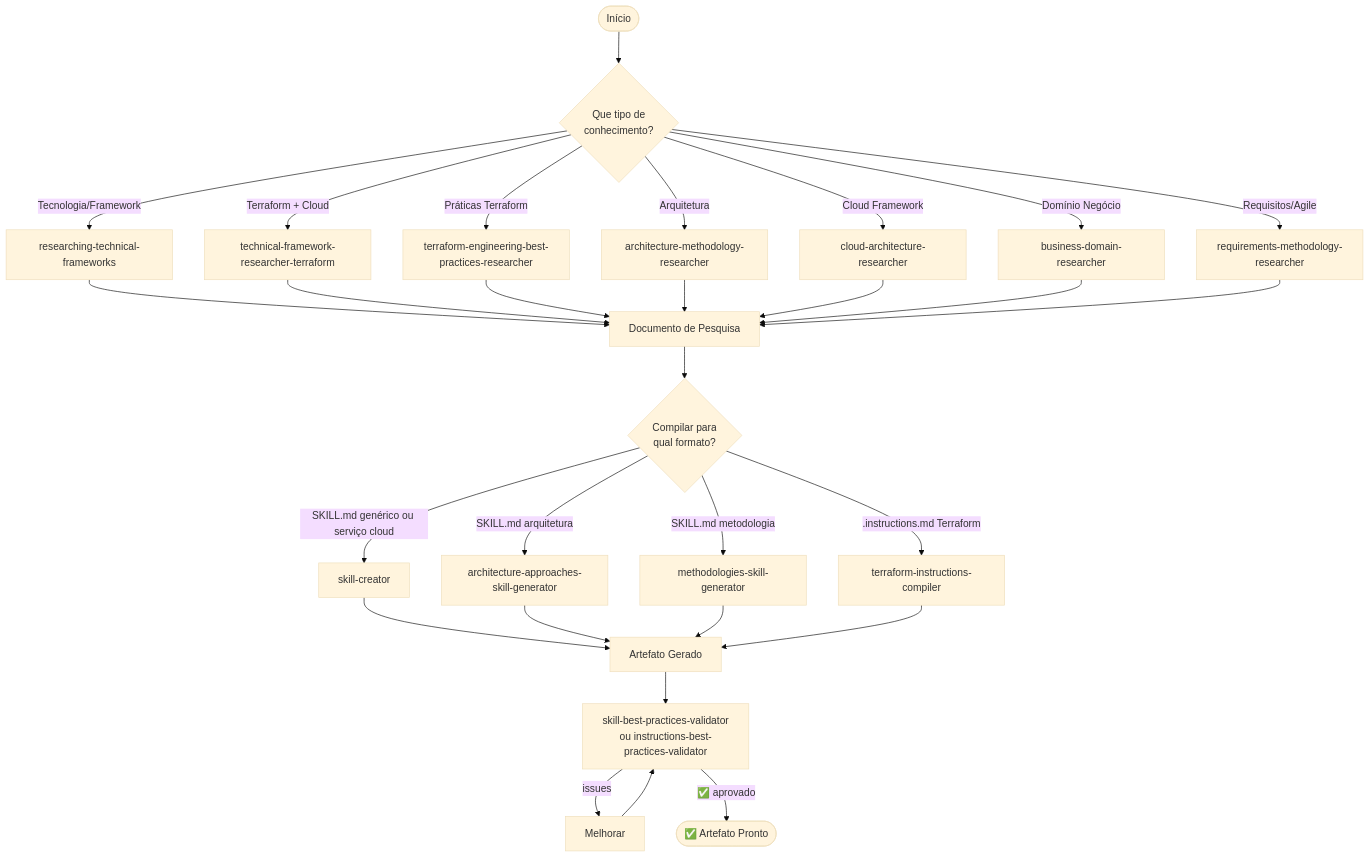
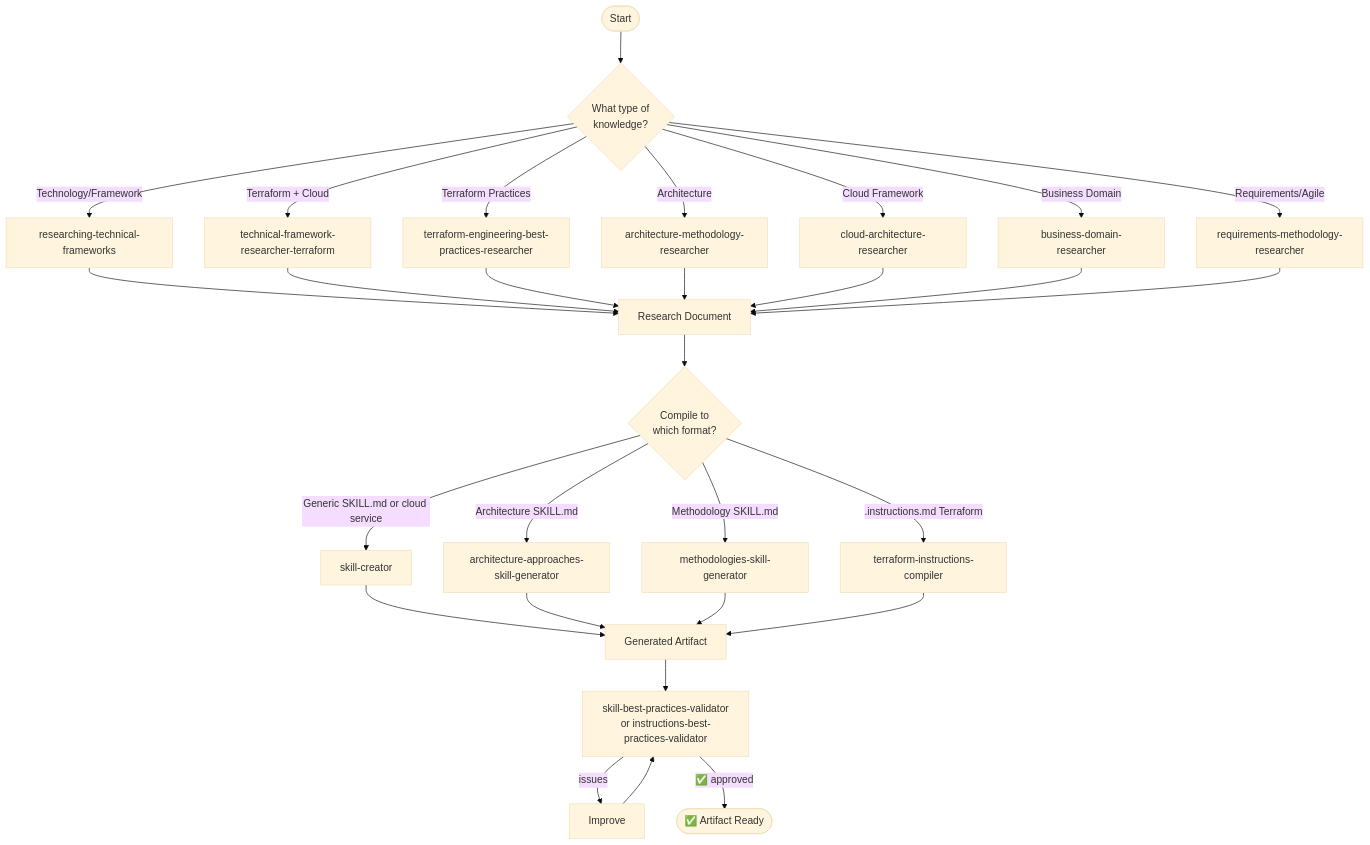
The first of 2 diagrams in docs/fluxos/fluxo-base-conhecimento.md (rodrigo-mendes/agents-factory), drawn with Mermaid (base theme) before and after one commit. The commit also changed other lines of this file and 70 other files, not shown here.

````diff
--- a/docs/fluxos/fluxo-base-conhecimento.md
+++ b/docs/fluxos/fluxo-base-conhecimento.md
@@ -9,39 +9,39 @@
 ```mermaid
 flowchart TD
-    START([Início]) --> CHOOSE{Que tipo de<br/>conhecimento?}
+    START([Start]) --> CHOOSE{What type of<br/>knowledge?}
     
-    CHOOSE -->|Tecnologia/Framework| R1[researching-technical-frameworks]
+    CHOOSE -->|Technology/Framework| R1[researching-technical-frameworks]
     CHOOSE -->|Terraform + Cloud| R2[technical-framework-researcher-terraform]
-    CHOOSE -->|Práticas Terraform| R3[terraform-engineering-best-practices-researcher]
-    CHOOSE -->|Arquitetura| R4[architecture-methodology-researcher]
+    CHOOSE -->|Terraform Practices| R3[terraform-engineering-best-practices-researcher]
+    CHOOSE -->|Architecture| R4[architecture-methodology-researcher]
     CHOOSE -->|Cloud Framework| R5[cloud-architecture-researcher]
-    CHOOSE -->|Domínio Negócio| R6[business-domain-researcher]
-    CHOOSE -->|Requisitos/Agile| R7[requirements-methodology-researcher]
+    CHOOSE -->|Business Domain| R6[business-domain-researcher]
+    CHOOSE -->|Requirements/Agile| R7[requirements-methodology-researcher]
     
-    R1 --> DOC[Documento de Pesquisa]
+    R1 --> DOC[Research Document]
     R2 --> DOC
     R3 --> DOC
     R4 --> DOC
     R5 --> DOC
     R6 --> DOC
     R7 --> DOC
     
-    DOC --> COMPILE{Compilar para<br/>qual formato?}
+    DOC --> COMPILE{Compile to<br/>which format?}
     
-    COMPILE -->|SKILL.md genérico ou serviço cloud| C1[skill-creator]
-    COMPILE -->|SKILL.md arquitetura| C2[architecture-approaches-skill-generator]
-    COMPILE -->|SKILL.md metodologia| C3[methodologies-skill-generator]
+    COMPILE -->|Generic SKILL.md or cloud service| C1[skill-creator]
+    COMPILE -->|Architecture SKILL.md| C2[architecture-approaches-skill-generator]
+    COMPILE -->|Methodology SKILL.md| C3[methodologies-skill-generator]
     COMPILE -->|.instructions.md Terraform| C4[terraform-instructions-compiler]
     
-    C1 --> ART[Artefato Gerado]
+    C1 --> ART[Generated Artifact]
     C2 --> ART
     C3 --> ART
     C4 --> ART
     
-    ART --> VALID[skill-best-practices-validator<br/>ou instructions-best-practices-validator]
+    ART --> VALID[skill-best-practices-validator<br/>or instructions-best-practices-validator]
     
-    VALID -->|issues| IMPROVE[Melhorar]
+    VALID -->|issues| IMPROVE[Improve]
     IMPROVE --> VALID
     
-    VALID -->|✅ aprovado| DONE([✅ Artefato Pronto])
+    VALID -->|✅ approved| DONE([✅ Artifact Ready])
 ```
````
